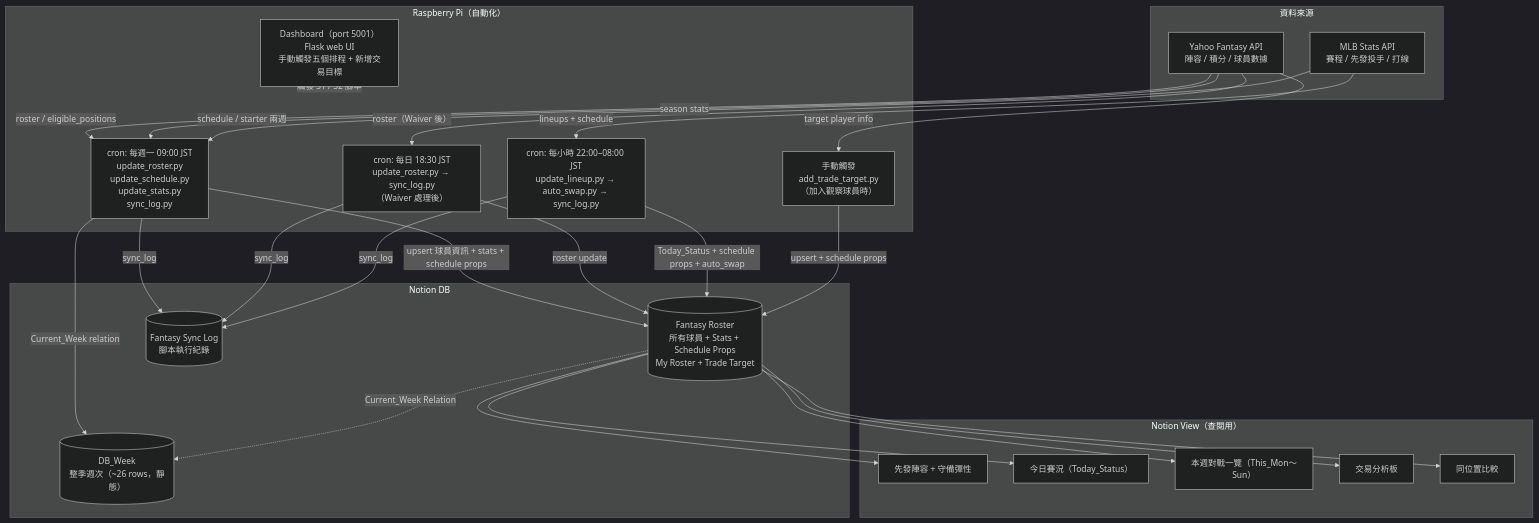
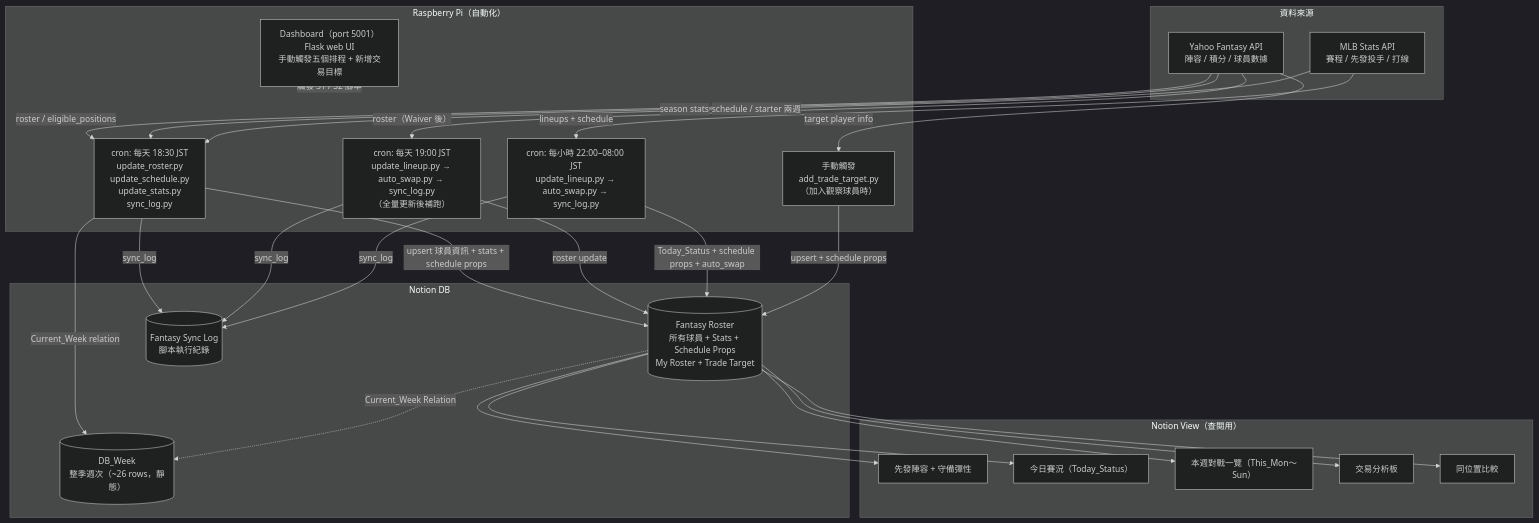
The diagram in notion-plan.md (poyao-wang/fantasy-baseball), drawn with Mermaid (dark theme) before and after one commit. The commit also changed other lines of this file and 5 other files, not shown here.

````diff
--- a/notion-plan.md
+++ b/notion-plan.md
@@ -5,51 +5,51 @@
 ```mermaid
 flowchart TD
     subgraph Sources["資料來源"]
         Y[Yahoo Fantasy API<br/>陣容 / 積分 / 球員數據]
         M[MLB Stats API<br/>賽程 / 先發投手 / 打線]
     end
 
     subgraph RPi["Raspberry Pi（自動化）"]
-        S1["cron: 每週一 09:00 JST<br/>update_roster.py<br/>update_schedule.py<br/>update_stats.py<br/>sync_log.py"]
-        S2["cron: 每日 18:30 JST<br/>update_roster.py → sync_log.py<br/>（Waiver 處理後）"]
+        S1["cron: 每天 18:30 JST<br/>update_roster.py<br/>update_schedule.py<br/>update_stats.py<br/>sync_log.py"]
+        S2["cron: 每天 19:00 JST<br/>update_lineup.py → auto_swap.py → sync_log.py<br/>（全量更新後補跑）"]
         S2b["cron: 每小時 22:00–08:00 JST<br/>update_lineup.py → auto_swap.py → sync_log.py"]
         S3["手動觸發<br/>add_trade_target.py<br/>（加入觀察球員時）"]
         S4["Dashboard（port 5001）<br/>Flask web UI<br/>手動觸發五個排程 + 新增交易目標"]
     end
 
     subgraph Notion["Notion DB"]
         DB1[("Fantasy Roster<br/>所有球員 + Stats + Schedule Props<br/>My Roster + Trade Target")]
         DBW[("DB_Week<br/>整季週次（~26 rows，靜態）")]
         DB4[("Fantasy Sync Log<br/>腳本執行紀錄")]
     end
 
     subgraph Views["Notion View（查閱用）"]
         V1["先發陣容 + 守備彈性"]
         V2["今日賽況（Today_Status）"]
         V3["本週對戰一覽（This_Mon～Sun）"]
         V4["交易分析板"]
         V5["同位置比較"]
     end
 
     Y -->|roster / eligible_positions| S1
     Y -->|season stats| S1
     M -->|schedule / starter 兩週| S1
     M -->|lineups + schedule| S2b
     Y -->|roster（Waiver 後）| S2
     Y -->|target player info| S3
     S4 -->|觸發 S1 / S2 腳本| RPi
     S1 -->|upsert 球員資訊 + stats + schedule props| DB1
     S1 -->|Current_Week relation| DBW
     S1 -->|sync_log| DB4
     S2 -->|roster update| DB1
     S2 -->|sync_log| DB4
     S2b -->|Today_Status + schedule props + auto_swap| DB1
     S2b -->|sync_log| DB4
     S3 -->|upsert + schedule props| DB1
     DB1 --> V1
     DB1 --> V2
     DB1 --> V3
     DB1 --> V4
     DB1 --> V5
     DB1 -.->|Current_Week Relation| DBW
 ```
````
